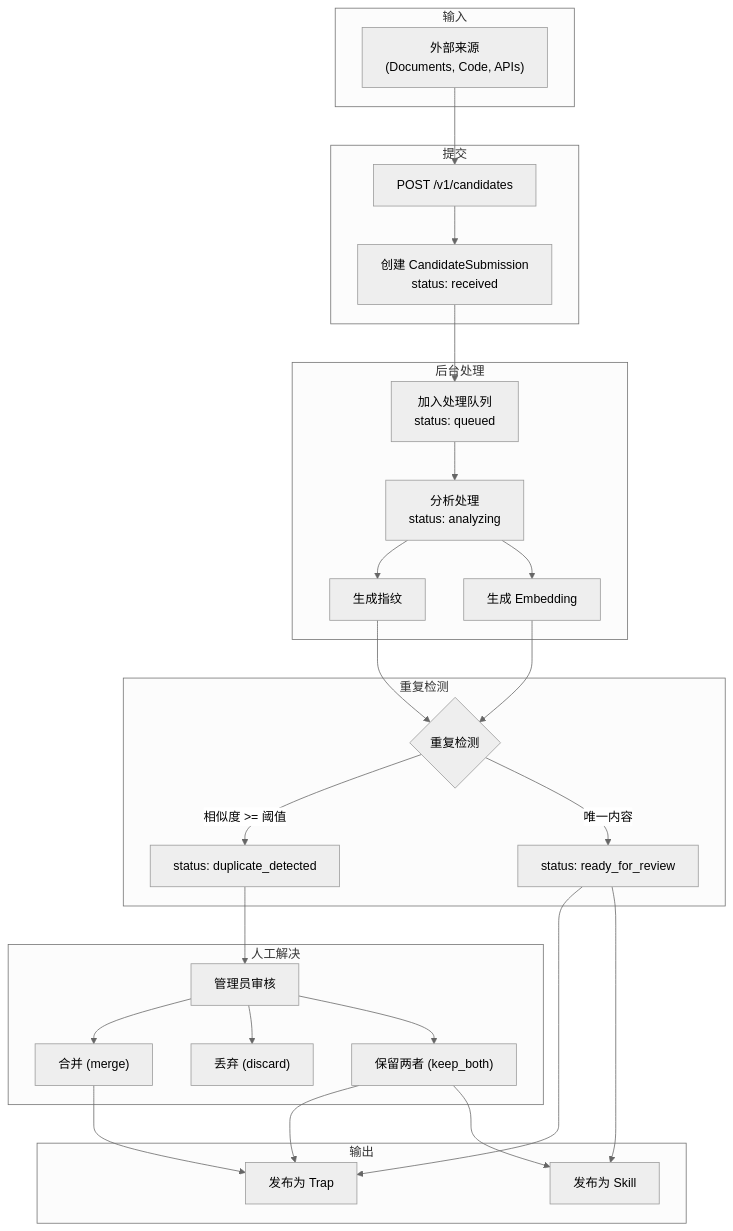
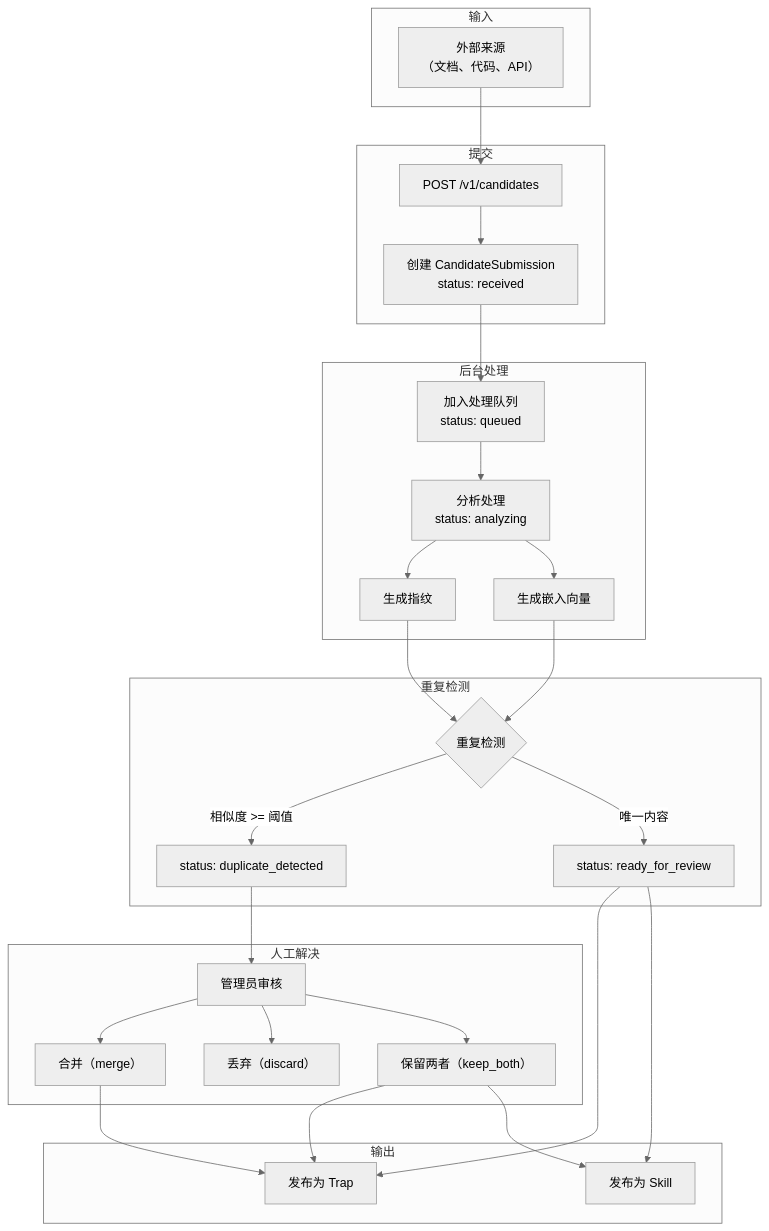
One commit to pofossette/TrapMap-for-vibing changed the second of 6 diagrams in docs/architecture/components/INGESTION.md. Above: the diagram before and after it, drawn with Mermaid (neutral theme). The commit also changed other lines of this file and 31 other files, not shown here.

````diff
--- a/docs/architecture/components/INGESTION.md
+++ b/docs/architecture/components/INGESTION.md
@@ -46,60 +46,60 @@
 ```mermaid
-flowchart TD
-    subgraph Input["输入"]
-        Ext["外部来源<br/>(Documents, Code, APIs)"]
+flowchart TB
+    subgraph 输入["输入"]
+        Ext["外部来源<br/>（文档、代码、API）"]
     end
 
-    subgraph Submission["提交"]
+    subgraph 提交["提交"]
         Submit["POST /v1/candidates"]
         Create["创建 CandidateSubmission<br/>status: received"]
     end
 
-    subgraph Processing["后台处理"]
+    subgraph 后台处理["后台处理"]
         Queue["加入处理队列<br/>status: queued"]
         Analyze["分析处理<br/>status: analyzing"]
         Fingerprint["生成指纹"]
-        Embedding["生成 Embedding"]
+        Embedding["生成嵌入向量"]
     end
 
-    subgraph Detection["重复检测"]
+    subgraph 重复检测["重复检测"]
         DupCheck{"重复检测"}
         DupFound["status: duplicate_detected"]
         NoDup["status: ready_for_review"]
     end
 
-    subgraph Resolution["人工解决"]
+    subgraph 人工解决["人工解决"]
         Manual["管理员审核"]
-        Merge["合并 (merge)"]
-        Discard["丢弃 (discard)"]
-        KeepBoth["保留两者 (keep_both)"]
+        Merge["合并（merge）"]
+        Discard["丢弃（discard）"]
+        KeepBoth["保留两者（keep_both）"]
     end
 
-    subgraph Output["输出"]
+    subgraph 输出["输出"]
         PublishTrap["发布为 Trap"]
         PublishSkill["发布为 Skill"]
     end
 
     Ext --> Submit
     Submit --> Create
     Create --> Queue
     Queue --> Analyze
     Analyze --> Fingerprint
     Analyze --> Embedding
     Fingerprint --> DupCheck
     Embedding --> DupCheck
 
     DupCheck -->|相似度 >= 阈值| DupFound
     DupCheck -->|唯一内容| NoDup
 
     DupFound --> Manual
     NoDup --> PublishTrap
     NoDup --> PublishSkill
 
     Manual --> Merge
     Manual --> Discard
     Manual --> KeepBoth
 
     Merge --> PublishTrap
     KeepBoth --> PublishTrap
     KeepBoth --> PublishSkill
 ```
````
